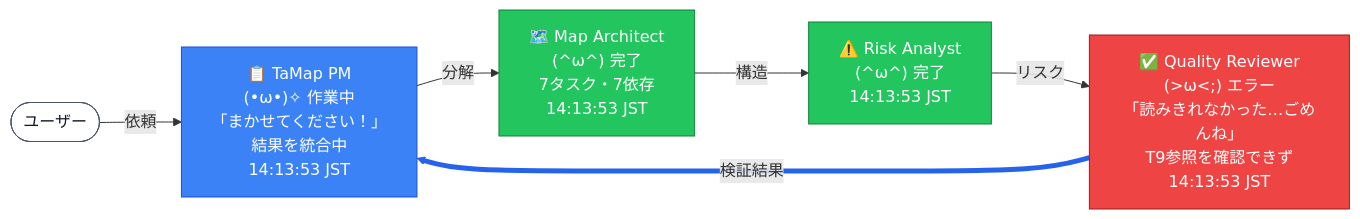
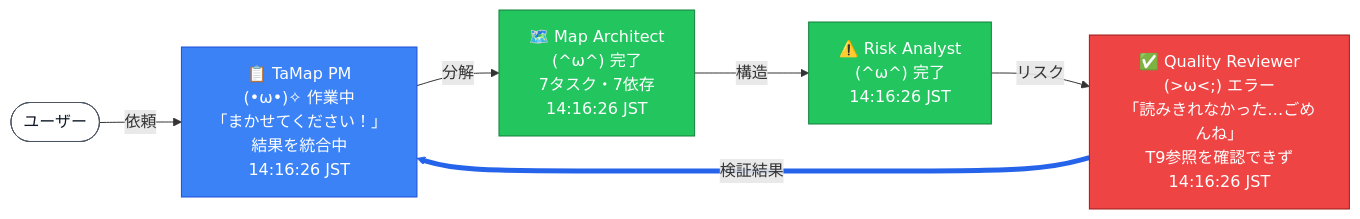
One commit to nekomario28/tamap changed the seventh of 11 diagrams in docs/sample_output.md. Above: the diagram before and after it, drawn with Mermaid. The commit also changed other lines of this file and 4 other files, not shown here.

````diff
--- a/docs/sample_output.md
+++ b/docs/sample_output.md
@@ -217,23 +217,23 @@
 ```mermaid
 flowchart LR
   U(["ユーザー"])
-  PM["📋 TaMap PM<br>(•ω•)✧ 作業中<br>「まかせてください！」<br>結果を統合中<br>14:13:53 JST"]
-  MA["🗺️ Map Architect<br>(^ω^) 完了<br>7タスク・7依存<br>14:13:53 JST"]
-  RA["⚠️ Risk Analyst<br>(^ω^) 完了<br>14:13:53 JST"]
-  QR["✅ Quality Reviewer<br>(#gt;ω#lt;;) エラー<br>「読みきれなかった…ごめんね」<br>T9参照を確認できず<br>14:13:53 JST"]
+  PM["📋 TaMap PM<br>(•ω•)✧ 作業中<br>「まかせてください！」<br>結果を統合中<br>14:16:26 JST"]
+  MA["🗺️ Map Architect<br>(^ω^) 完了<br>7タスク・7依存<br>14:16:26 JST"]
+  RA["⚠️ Risk Analyst<br>(^ω^) 完了<br>14:16:26 JST"]
+  QR["✅ Quality Reviewer<br>(#gt;ω#lt;;) エラー<br>「読みきれなかった…ごめんね」<br>T9参照を確認できず<br>14:16:26 JST"]
   U -- 依頼 --> PM
   PM -- 分解 --> MA
   MA -- 構造 --> RA
   RA -- リスク --> QR
   QR -- 検証結果 --> PM
   classDef idle fill:#9ca3af,stroke:#4b5563,color:#111827
   classDef working fill:#3b82f6,stroke:#1d4ed8,color:#ffffff
   classDef done fill:#22c55e,stroke:#15803d,color:#ffffff
   classDef error fill:#ef4444,stroke:#991b1b,color:#ffffff
   classDef user fill:#ffffff,stroke:#4b5563,color:#111827
   class U user
   class PM working
   class MA,RA done
   class QR error
   linkStyle 4 stroke:#2563eb,stroke-width:5px
 ```
````
